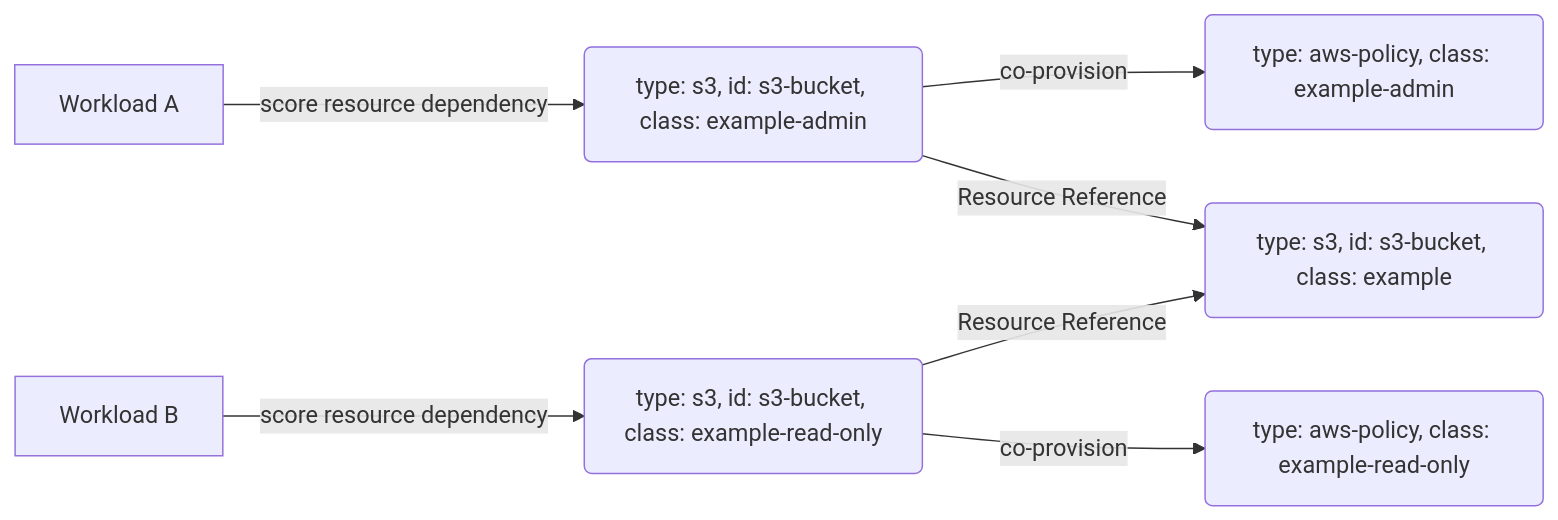
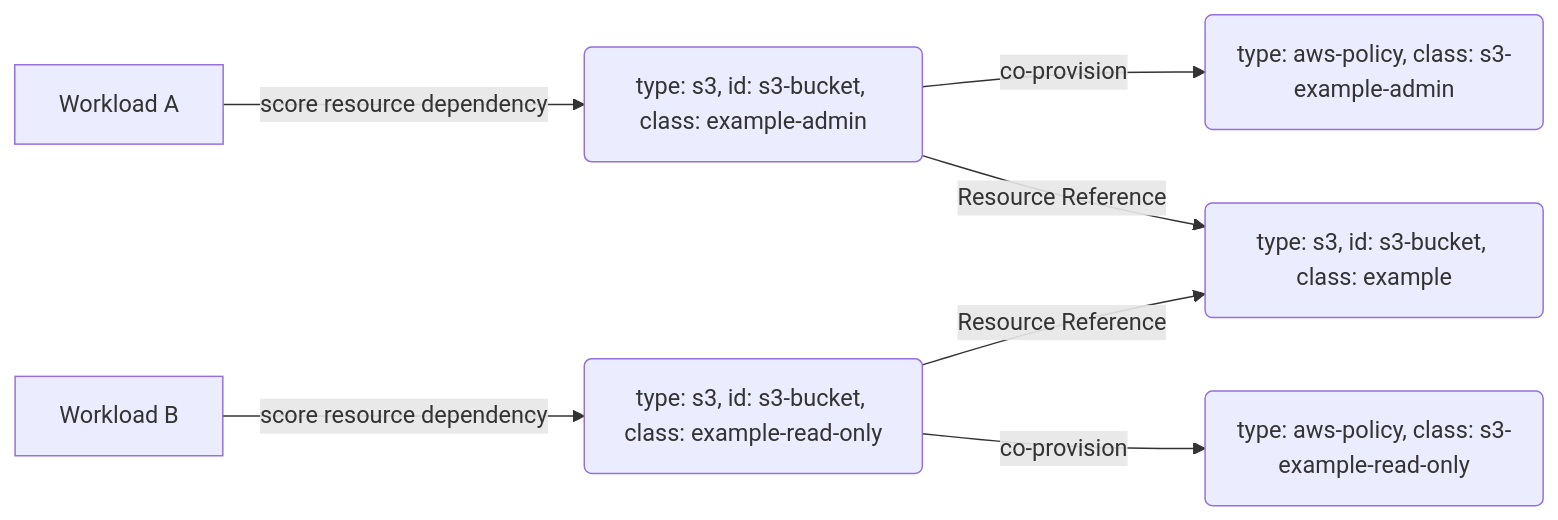
The diagram in resource-graph-patterns/proxy-resource/README.md (humanitec-architecture/example-library), drawn with Mermaid before and after one commit. The commit also changed 5 other files, not shown here.

Commit message:
fix: classes in diagram

````diff
--- a/resource-graph-patterns/proxy-resource/README.md
+++ b/resource-graph-patterns/proxy-resource/README.md
@@ -16,10 +16,10 @@
 ```mermaid
 flowchart LR
     WL_A[Workload A] -->|score resource dependency| PROXY_RES_ADMIN(type: s3, id: s3-bucket, class: example-admin)
     WL_B[Workload B] -->|score resource dependency| PROXY_RES_READ_ONLY(type: s3, id: s3-bucket, class: example-read-only)
-    PROXY_RES_ADMIN -->|co-provision| POL_ADMIN(type: aws-policy, class: example-admin)
+    PROXY_RES_ADMIN -->|co-provision| POL_ADMIN(type: aws-policy, class: s3-example-admin)
     PROXY_RES_ADMIN -->|Resource Reference| BASE_RES(shared: s3-bucket, class: example)
-    PROXY_RES_READ_ONLY -->|co-provision| POL_READ_ONLY(type: aws-policy, class: example-read-only)
+    PROXY_RES_READ_ONLY -->|co-provision| POL_READ_ONLY(type: aws-policy, class: s3-example-read-only)
     PROXY_RES_READ_ONLY -->|Resource Reference| BASE_RES(type: s3, id: s3-bucket, class: example)
 
 ```
````
